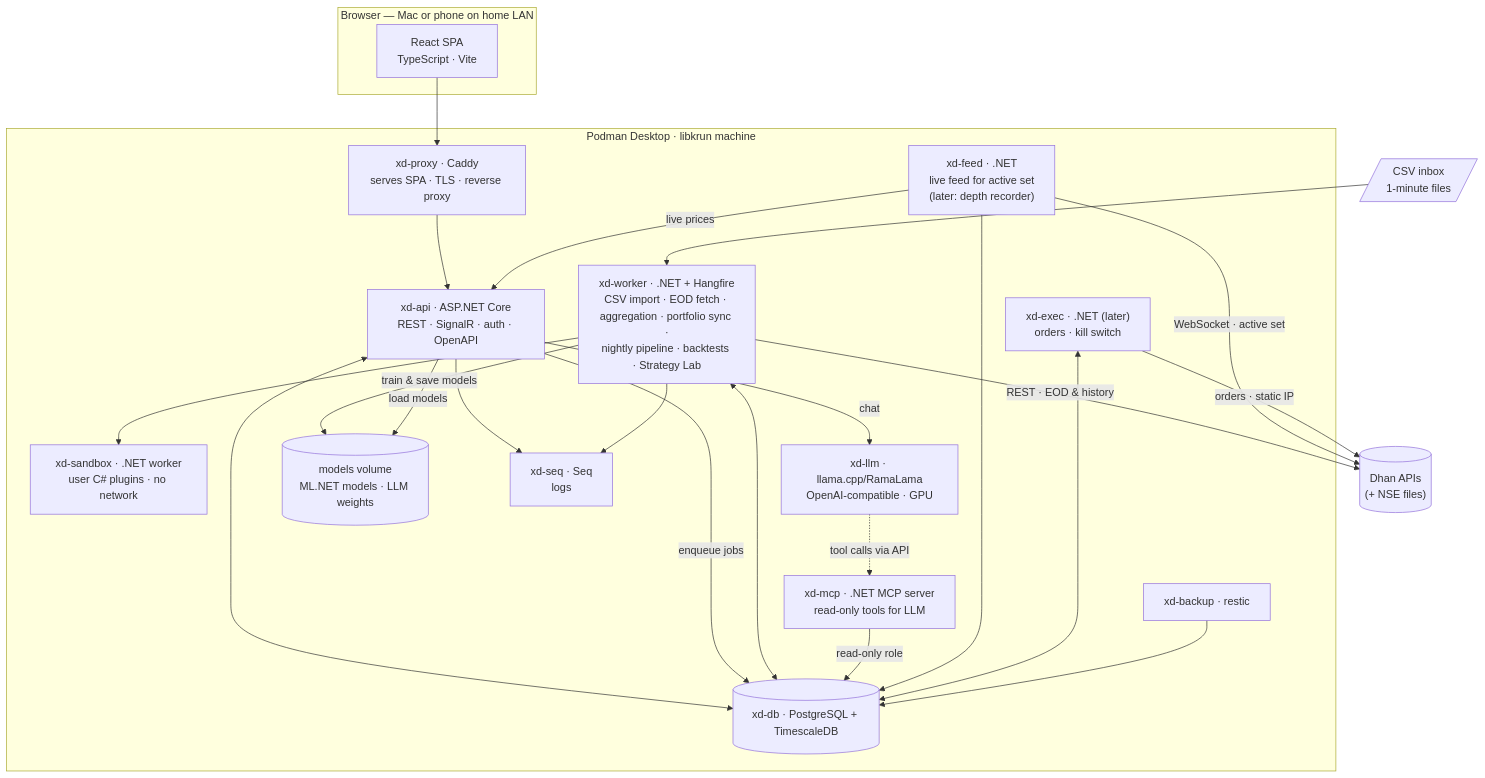
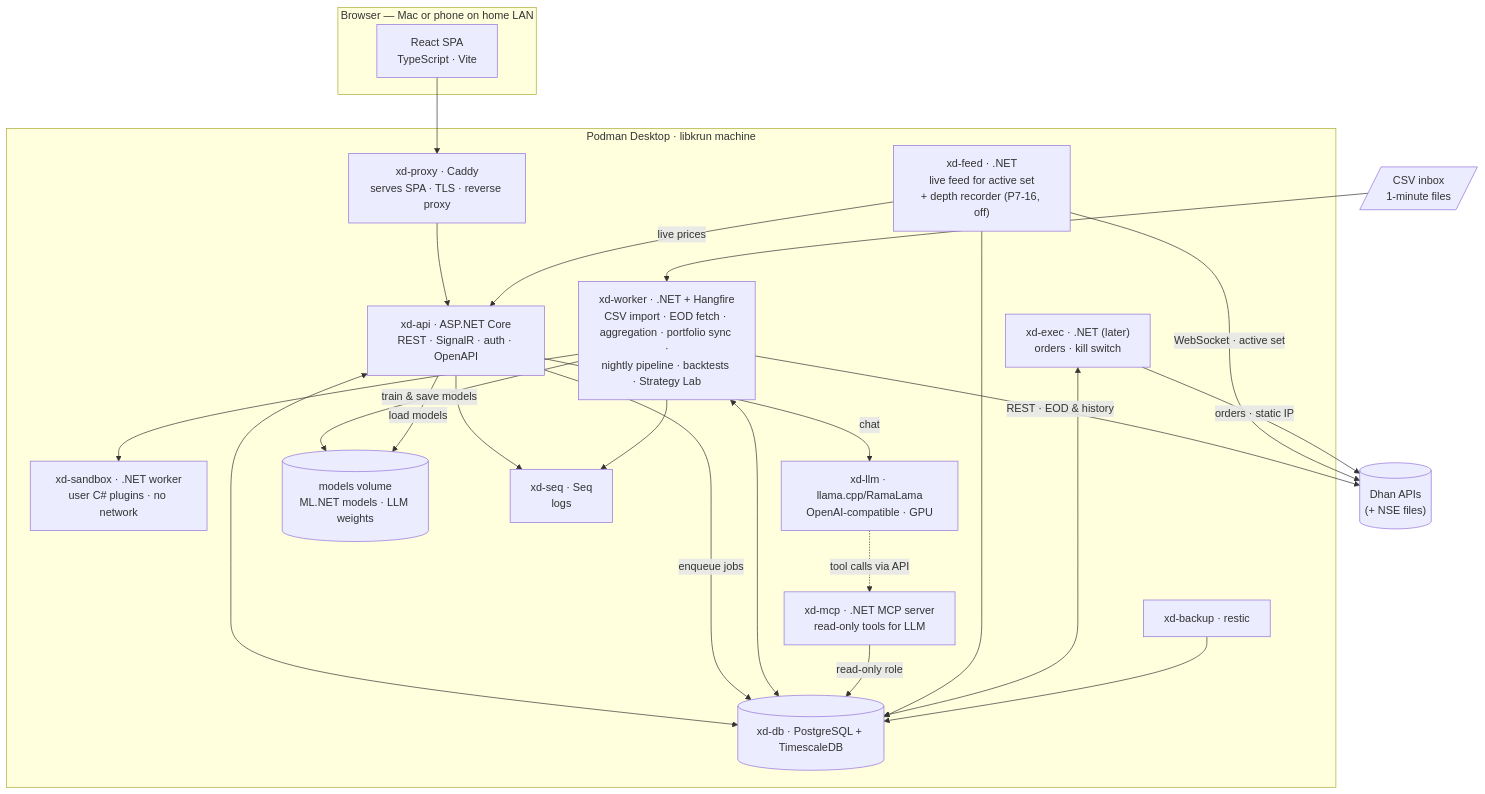
One commit to hemsingh81/xDrishti changed the first of 2 diagrams in docs/design/03-target-architecture.md. Above: the diagram before and after it, drawn with Mermaid. The commit also changed other lines of this file and 84 other files, not shown here.

````diff
--- a/docs/design/03-target-architecture.md
+++ b/docs/design/03-target-architecture.md
@@ -12,44 +12,44 @@
 ```mermaid
 flowchart TB
     subgraph Browser["Browser — Mac or phone on home LAN"]
         WEB["React SPA<br/>TypeScript · Vite"]
     end
 
     subgraph Podman["Podman Desktop · libkrun machine"]
         PROXY["xd-proxy · Caddy<br/>serves SPA · TLS · reverse proxy"]
         API["xd-api · ASP.NET Core<br/>REST · SignalR · auth · OpenAPI"]
         WORKER["xd-worker · .NET + Hangfire<br/>CSV import · EOD fetch · aggregation · portfolio sync ·<br/>nightly pipeline · backtests · Strategy Lab"]
         SANDBOX["xd-sandbox · .NET worker<br/>user C# plugins · no network"]
         MCP["xd-mcp · .NET MCP server<br/>read-only tools for LLM"]
         LLM["xd-llm · llama.cpp/RamaLama<br/>OpenAI-compatible · GPU"]
         DB[("xd-db · PostgreSQL + TimescaleDB")]
         VOL[("models volume<br/>ML.NET models · LLM weights")]
         SEQ["xd-seq · Seq<br/>logs"]
         BAK["xd-backup · restic"]
-        FEED["xd-feed · .NET<br/>live feed for active set<br/>(later: depth recorder)"]
+        FEED["xd-feed · .NET<br/>live feed for active set<br/>+ depth recorder (P7-16, off)"]
         EXEC["xd-exec · .NET (later)<br/>orders · kill switch"]
     end
 
     BROKERS[("Dhan APIs<br/>(+ NSE files)")]
     INBOX[/"CSV inbox<br/>1-minute files"/]
 
     WEB --> PROXY --> API
     API <--> DB
     API -->|enqueue jobs| DB
     WORKER <--> DB
     WORKER --> SANDBOX
     WORKER -->|train & save models| VOL
     API -->|load models| VOL
     API -->|chat| LLM
     LLM -. tool calls via API .-> MCP
     MCP -->|read-only role| DB
     WORKER -->|REST · EOD & history| BROKERS
     INBOX --> WORKER
     FEED -->|WebSocket · active set| BROKERS
     FEED -->|live prices| API
     EXEC -->|orders · static IP| BROKERS
     FEED --> DB
     EXEC <--> DB
     API & WORKER --> SEQ
     BAK --> DB
 ```
````
